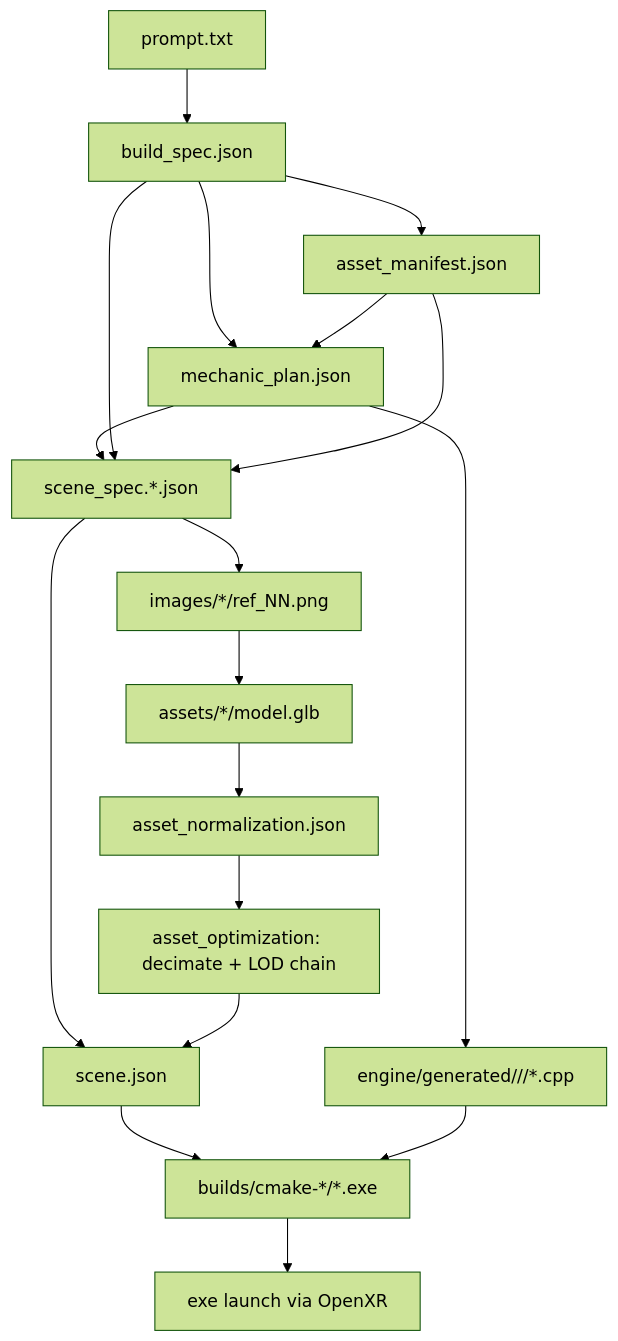
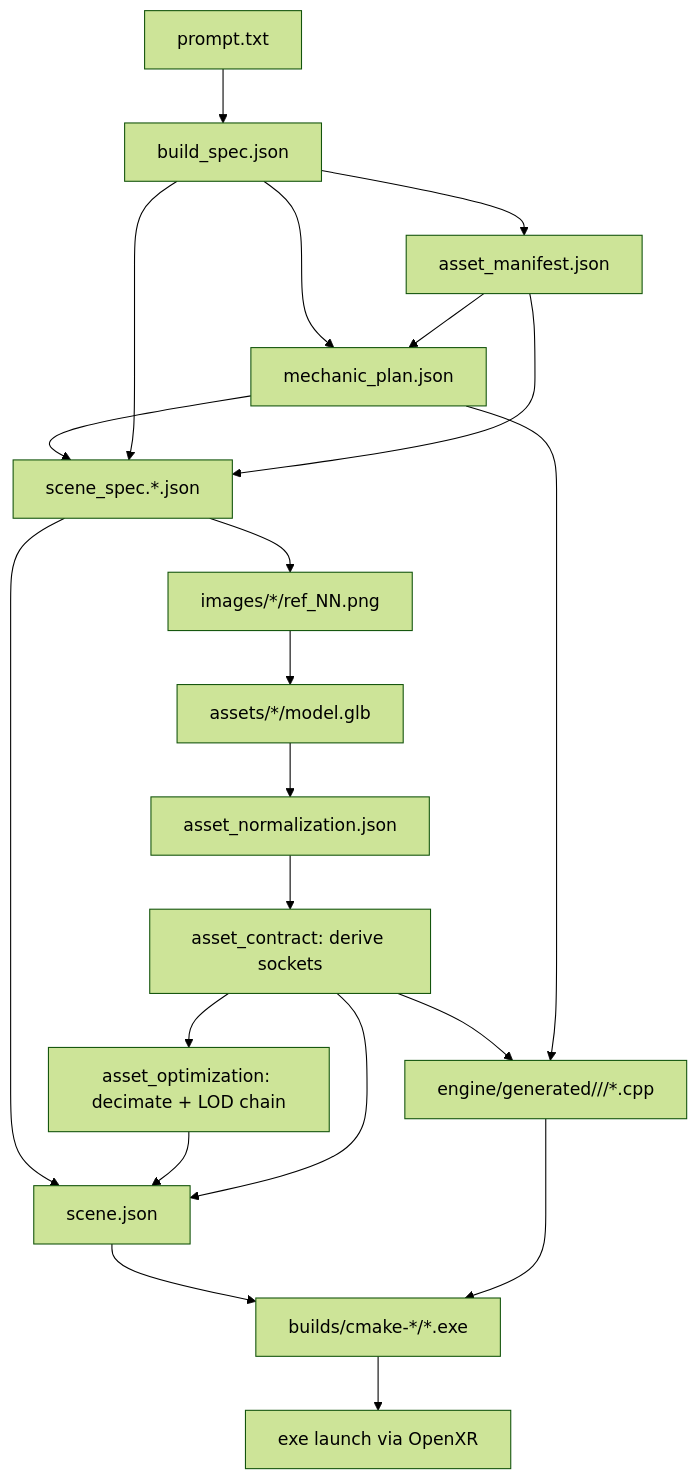
Before and after one commit to FriimanTech/Prompt-To-VR: the diagram in docs/architecture.md, drawn with Mermaid (forest theme). The commit also changed other lines of this file and 43 other files, not shown here.

````diff
--- a/docs/architecture.md
+++ b/docs/architecture.md
@@ -47,20 +47,23 @@
 ```mermaid
 flowchart TD
   Prompt[prompt.txt] --> BuildSpec[build_spec.json]
   BuildSpec --> AssetManifest[asset_manifest.json]
   BuildSpec --> MechanicPlan[mechanic_plan.json]
   AssetManifest --> MechanicPlan
   MechanicPlan --> SceneSpec[scene_spec.*.json]
   BuildSpec --> SceneSpec
   AssetManifest --> SceneSpec
   SceneSpec --> Refs[images/*/ref_NN.png]
   Refs --> Tripo[assets/*/model.glb]
   Tripo --> Normalize[asset_normalization.json]
-  Normalize --> Optimize["asset_optimization: decimate + LOD chain"]
+  Normalize --> Contract["asset_contract: derive sockets"]
+  Contract --> Optimize["asset_optimization: decimate + LOD chain"]
+  Contract --> CppGen
   MechanicPlan --> CppGen["engine/generated/<kind>/<project_id>/*.cpp"]
   SceneSpec --> SceneCompile[scene.json]
   Optimize --> SceneCompile
+  Contract --> SceneCompile
   SceneCompile --> CMake[builds/cmake-*/*.exe]
   CppGen --> CMake
   CMake --> Launch[exe launch via OpenXR]
 ```
````
